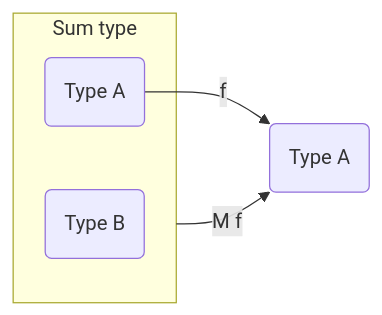
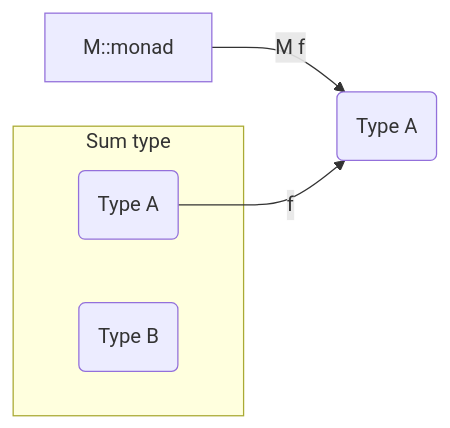
One commit to seedcase-project/community changed the ninth of 9 diagrams in posts/functional-programming-talk-2025/slides.qmd. Above: the diagram before and after it, drawn with Mermaid.

Commit message:
fix: :lipstick: set subgraph background to white for FP slides (#176)
# Description

This should have been white. Default is like a gray-ish colour.

This PR needs a quick review.

## Checklist

- [x] Formatted Markdown
- [x] Ran `just run-all`

````diff
--- a/posts/functional-programming-talk-2025/slides.qmd
+++ b/posts/functional-programming-talk-2025/slides.qmd
@@ -767,10 +767,12 @@
 ```{mermaid}
 graph LR
     subgraph M [Sum type]
       A(Type A)
       B(Type B)
     end
 
-    M -->|M f| Out(Type A)
+    M::monad -->|M f| Out(Type A)
     A -->|f| Out
+
+    classDef monad fill:white;
 ```
````
